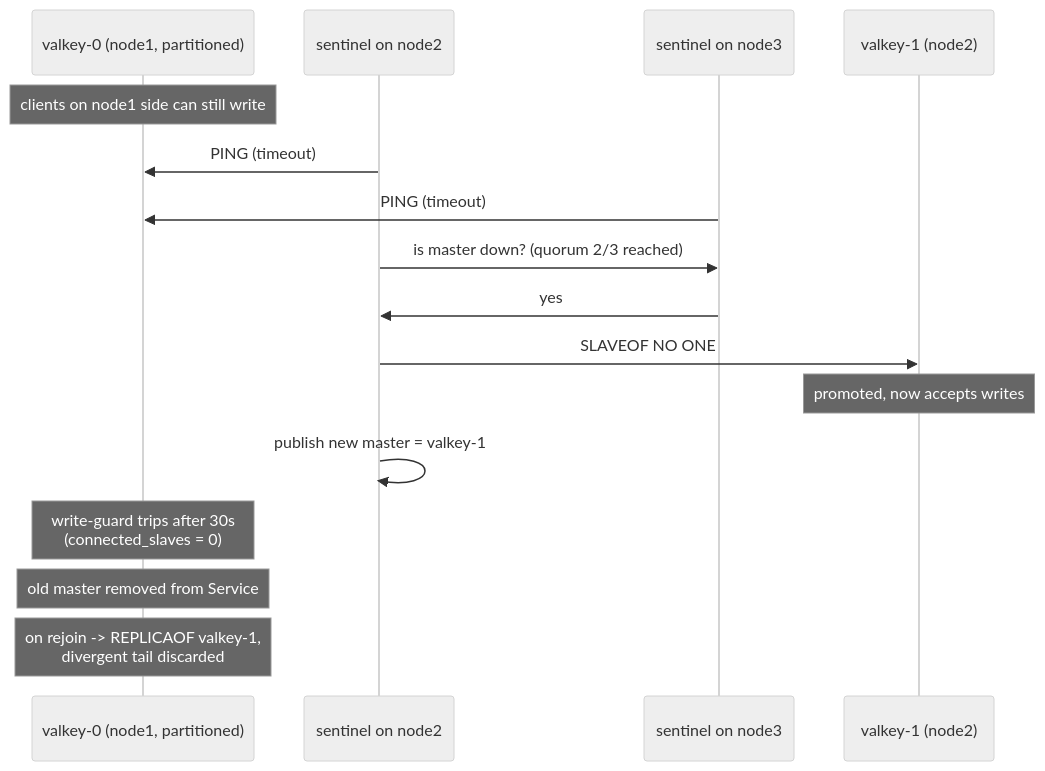
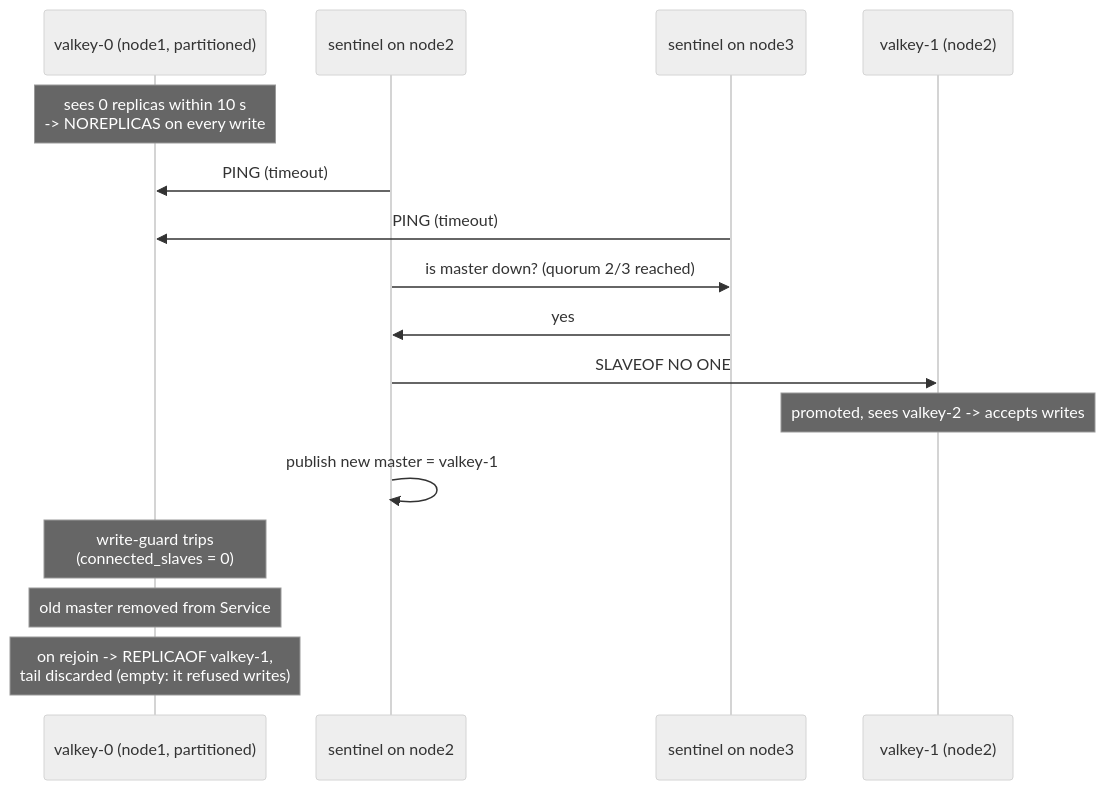
Before and after one commit to cucumberone/fire-watch: the diagram in docs/redis-sentinel.md, drawn with Mermaid (neutral theme). The commit also changed other lines of this file and 85 other files, not shown here.

````diff
--- a/docs/redis-sentinel.md
+++ b/docs/redis-sentinel.md
@@ -178,19 +184,19 @@
 ```mermaid
 sequenceDiagram
   participant Old as valkey-0 (node1, partitioned)
   participant S2 as sentinel on node2
   participant S3 as sentinel on node3
   participant New as valkey-1 (node2)
 
-  Note over Old: clients on node1 side can still write
+  Note over Old: sees 0 replicas within 10 s<br/>-> NOREPLICAS on every write
   S2->>Old: PING (timeout)
   S3->>Old: PING (timeout)
   S2->>S3: is master down? (quorum 2/3 reached)
   S3->>S2: yes
   S2->>New: SLAVEOF NO ONE
-  Note over New: promoted, now accepts writes
+  Note over New: promoted, sees valkey-2 -> accepts writes
   S2->>S2: publish new master = valkey-1
-  Note over Old: write-guard trips after 30s<br/>(connected_slaves = 0)
+  Note over Old: write-guard trips<br/>(connected_slaves = 0)
   Note over Old: old master removed from Service
-  Note over Old: on rejoin -> REPLICAOF valkey-1,<br/>divergent tail discarded
+  Note over Old: on rejoin -> REPLICAOF valkey-1,<br/>tail discarded (empty: it refused writes)
 ```
````
